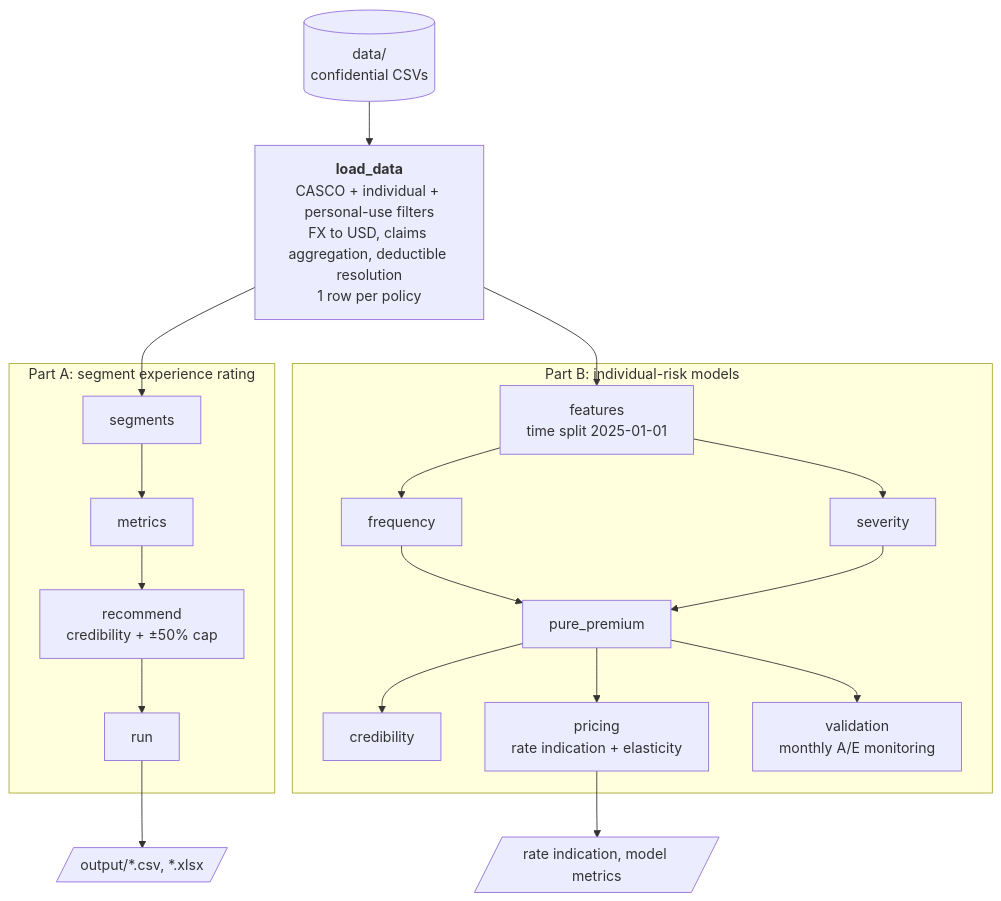
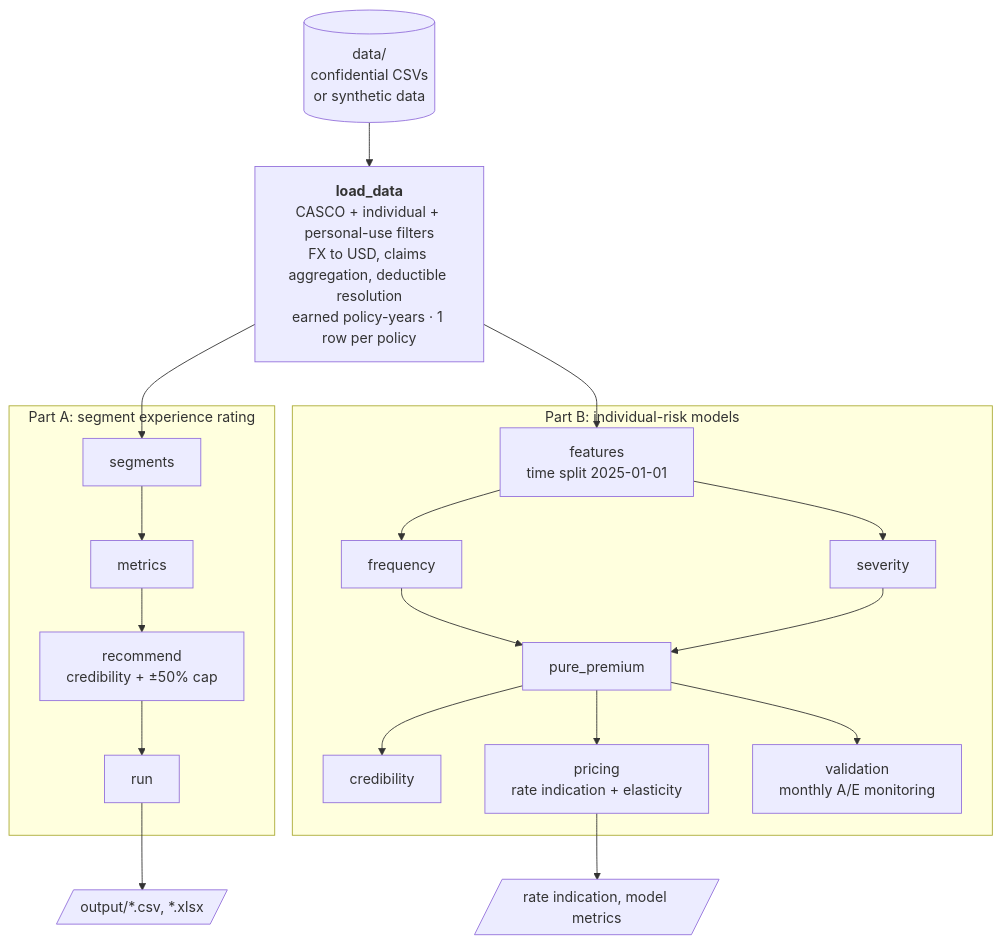
One commit to Choquri2000/CASCO-Pricing-Model changed the first of 2 diagrams in README.md. Above: the diagram before and after it, drawn with Mermaid. The commit also changed other lines of this file and 42 other files, not shown here.

First line of the commit message:
Methodology v2: fix five modelling issues, add synthetic data and CI

````diff
--- a/README.md
+++ b/README.md
@@ -64,20 +77,20 @@
 ```mermaid
 flowchart TD
-    D[("data/<br/>confidential CSVs")] --> L["<b>load_data</b><br/>CASCO + individual + personal-use filters<br/>FX to USD, claims aggregation, deductible resolution<br/>1 row per policy"]
+    D[("data/<br/>confidential CSVs<br/>or synthetic data")] --> L["<b>load_data</b><br/>CASCO + individual + personal-use filters<br/>FX to USD, claims aggregation, deductible resolution<br/>earned policy-years · 1 row per policy"]
     L --> A1
     L --> B1
     subgraph A["Part A: segment experience rating"]
         A1[segments] --> A2[metrics] --> A3["recommend<br/>credibility + ±50% cap"] --> A4[run]
     end
     subgraph B["Part B: individual-risk models"]
         B1["features<br/>time split 2025-01-01"] --> B2[frequency]
         B1 --> B3[severity]
         B2 --> B4[pure_premium]
         B3 --> B4
         B4 --> B5[credibility]
         B4 --> B6["pricing<br/>rate indication + elasticity"]
         B4 --> B7["validation<br/>monthly A/E monitoring"]
     end
     A4 --> O1[/"output/*.csv, *.xlsx"/]
     B6 --> O2[/"rate indication, model metrics"/]
 ```
````
